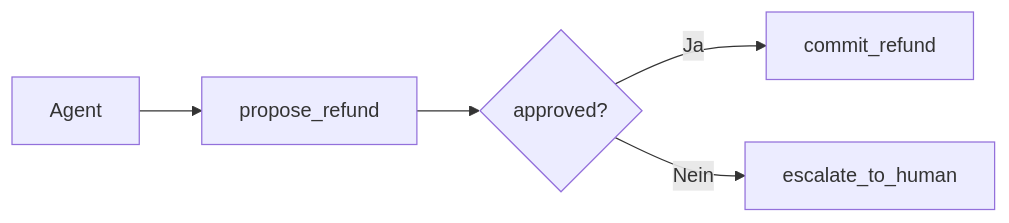
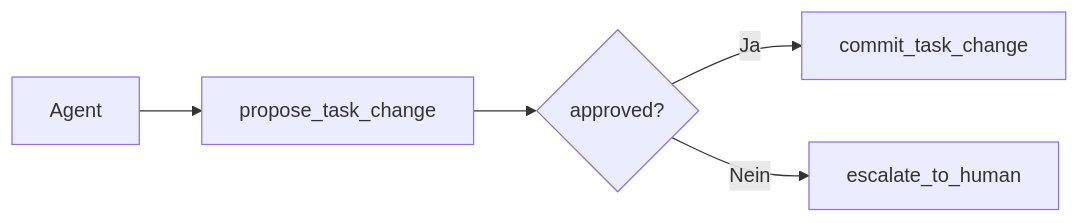
One commit to ralf-42/Agenten changed the second of 2 diagrams in docs/04-agenten-implementierung/entwurf/tool-use-function-calling.md. Above: the diagram before and after it, drawn with Mermaid. The commit also changed other lines of this file and 24 other files, not shown here.

````diff
--- a/docs/04-agenten-implementierung/entwurf/tool-use-function-calling.md
+++ b/docs/04-agenten-implementierung/entwurf/tool-use-function-calling.md
@@ -402,7 +402,7 @@
 ```mermaid
 flowchart LR
-    A[Agent] --> B[propose_refund]
+    A[Agent] --> B[propose_task_change]
     B --> C{approved?}
-    C -->|Ja| D[commit_refund]
+    C -->|Ja| D[commit_task_change]
     C -->|Nein| E[escalate_to_human]
 ```
````
